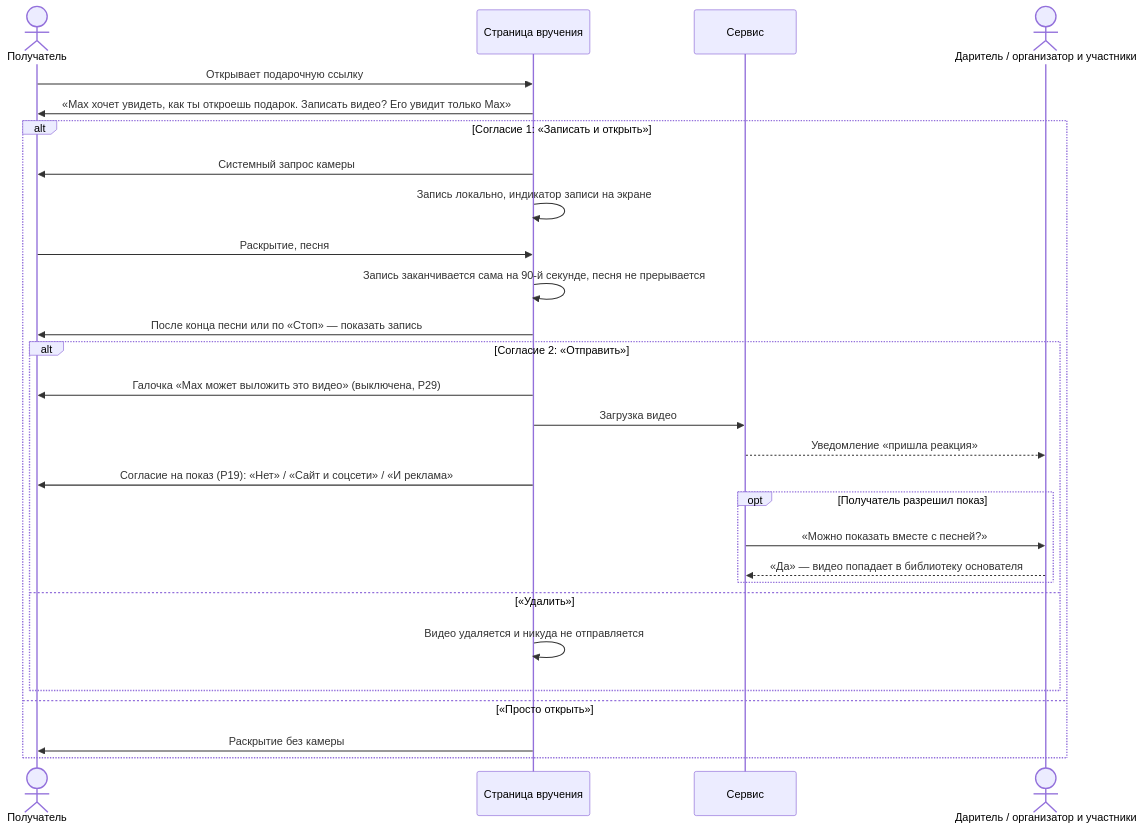
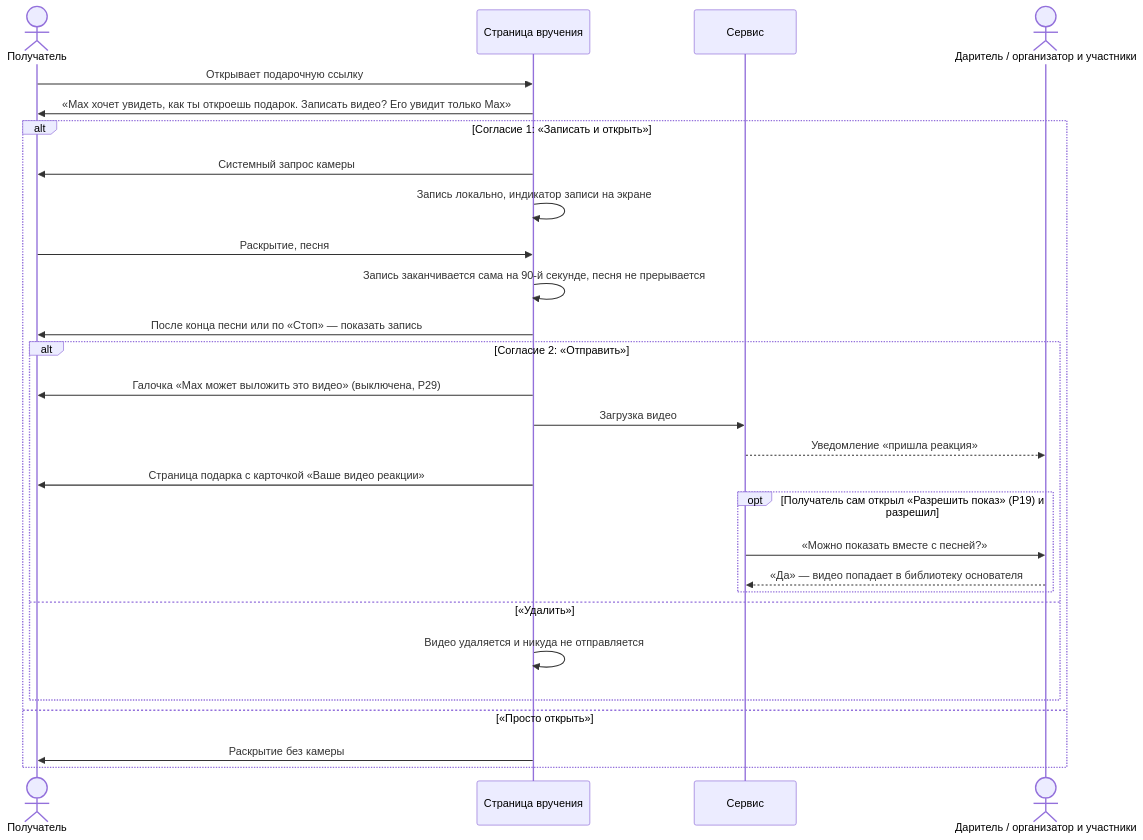
One commit to AlexMubarakshin/yoursongawaits changed the second of 4 diagrams in docs/research/06-prd.md. Above: the diagram before and after it, drawn with Mermaid. The commit also changed other lines of this file and 54 other files, not shown here.

Commit message:
PRD v0.8 and design canvas v73: shorter flow, name check on preview, one plan, flow review B-D

````diff
--- a/docs/research/06-prd.md
+++ b/docs/research/06-prd.md
@@ -312,30 +312,30 @@
 ```mermaid
 sequenceDiagram
     actor R as Получатель
     participant P as Страница вручения
     participant S as Сервис
     actor G as Даритель / организатор и участники
     R->>P: Открывает подарочную ссылку
     P->>R: «Max хочет увидеть, как ты откроешь подарок. Записать видео? Его увидит только Max»
     alt Согласие 1: «Записать и открыть»
         P->>R: Системный запрос камеры
         P->>P: Запись локально, индикатор записи на экране
         R->>P: Раскрытие, песня
         P->>P: Запись заканчивается сама на 90-й секунде, песня не прерывается
         P->>R: После конца песни или по «Стоп» — показать запись
         alt Согласие 2: «Отправить»
             P->>R: Галочка «Max может выложить это видео» (выключена, P29)
             P->>S: Загрузка видео
             S-->>G: Уведомление «пришла реакция»
-            P->>R: Согласие на показ (P19): «Нет» / «Сайт и соцсети» / «И реклама»
-            opt Получатель разрешил показ
+            P->>R: Страница подарка с карточкой «Ваше видео реакции»
+            opt Получатель сам открыл «Разрешить показ» (P19) и разрешил
                 S->>G: «Можно показать вместе с песней?»
                 G-->>S: «Да» — видео попадает в библиотеку основателя
             end
         else «Удалить»
             P->>P: Видео удаляется и никуда не отправляется
         end
     else «Просто открыть»
         P->>R: Раскрытие без камеры
     end
 ```
````
